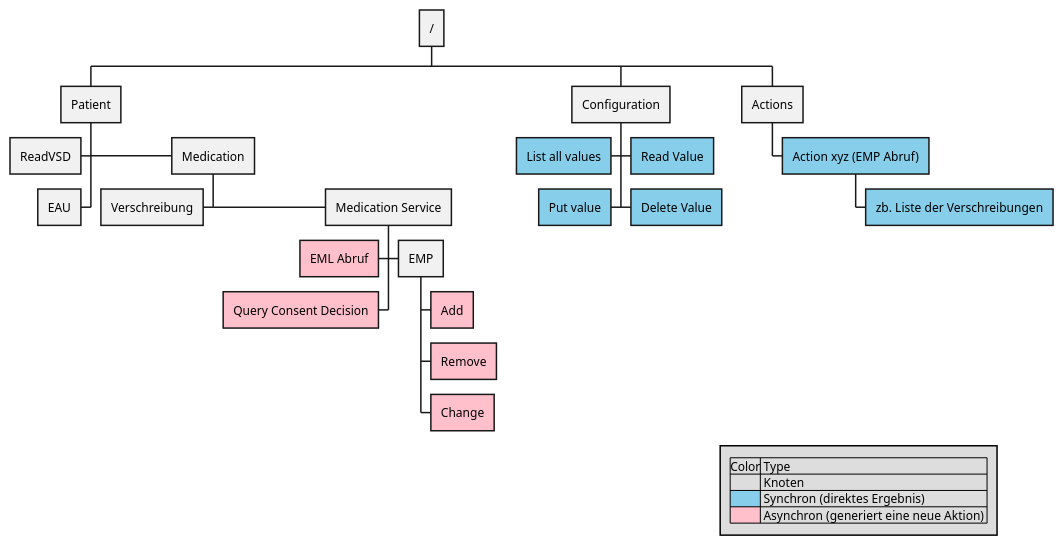
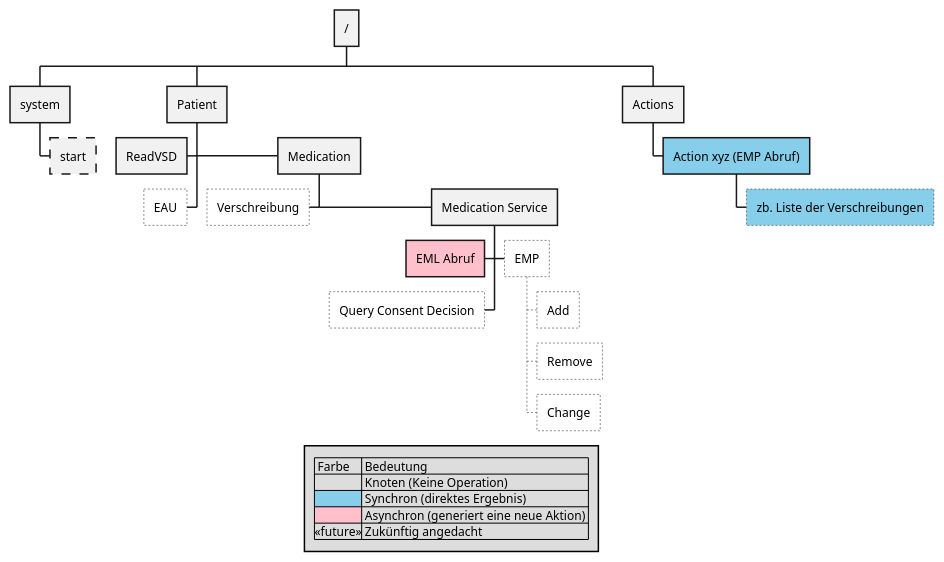
Before and after one commit to gematik/api-ps-testdriver: the diagram in uml/readme_action_tree.puml, drawn with PlantUML. The commit also changed 6 other files, not shown here.

```diff
--- a/uml/readme_action_tree.puml
+++ b/uml/readme_action_tree.puml
@@ -2,30 +2,47 @@
 @startwbs
+<style>
+wbsDiagram {
+  .async {
+      BackgroundColor pink
+  }
+  .sync {
+      BackgroundColor SkyBlue
+  }
+  .optional {
+      LineStyle 9
+  }
+  .future {
+      LineStyle 2
+      LineThickness .5
+      BackgroundColor White
+  }
+}
+</style>
+
 + /
+++ system
++++ start <<optional>>
 ++ Patient
 ++- ReadVSD
 +++ Medication
 ++++ Medication Service
-++++-[#pink] EML Abruf
-+++++ EMP
-++++++[#pink] Add
-++++++[#pink] Remove
-++++++[#pink] Change
-++++-[#pink] Query Consent Decision
-+++- Verschreibung
-++- EAU
-++ Configuration
-++-[#skyBlue] List all values
-++-[#skyBlue] Put value
-+++[#skyBlue] Read Value
-+++[#skyBlue] Delete Value
+++++- EML Abruf <<async>>
++++++ EMP <<future>>
+++++++ Add <<future>>
+++++++ Remove <<future>>
+++++++ Change <<future>>
+++++- Query Consent Decision <<future>>
++++- Verschreibung <<future>>
+++- EAU <<future>>
 ++ Actions
 +++[#skyBlue] Action xyz (EMP Abruf)
-++++[#skyBlue] zb. Liste der Verschreibungen
+++++[#skyBlue]  zb. Liste der Verschreibungen <<future>>
 
-legend right
-    |Color| Type |
-    | | Knoten |
+legend
+    | Farbe | Bedeutung |
+    | | Knoten (Keine Operation) |
     |<#skyBlue>| Synchron (direktes Ergebnis) |
     |<#pink>| Asynchron (generiert eine neue Aktion) |
-endlegend
+    |<<future>>| Zukünftig angedacht |
+end legend
 @endwbs
```
